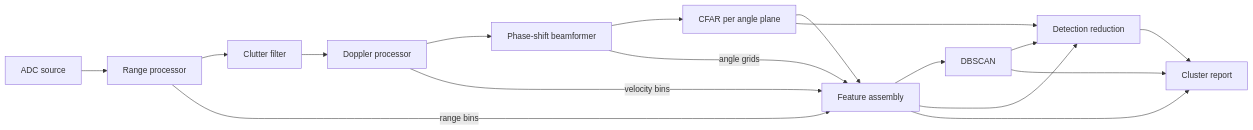
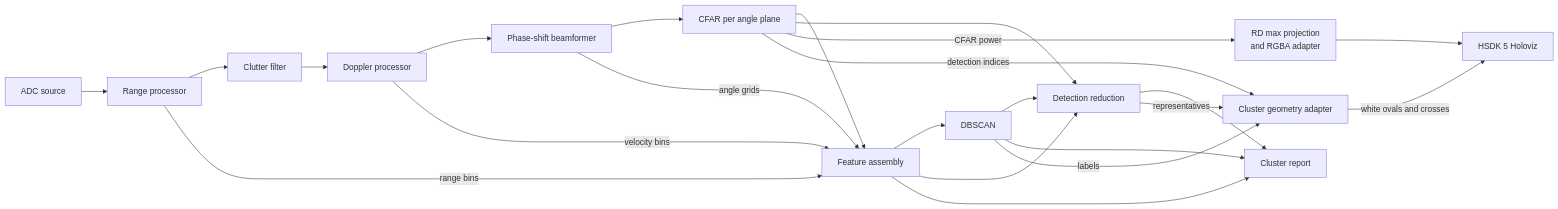
Before and after one commit to nvidia-holoscan/holoscan-radar: the second of 2 diagrams in applications/fmcw/simo/README.md, drawn with Mermaid. The commit also changed other lines of this file and 20 other files, not shown here.

````diff
--- a/applications/fmcw/simo/README.md
+++ b/applications/fmcw/simo/README.md
@@ -41,19 +47,25 @@
 ```mermaid
 flowchart LR
     ADC[ADC source] --> Range[Range processor]
     Range --> Clutter[Clutter filter]
     Clutter --> Doppler[Doppler processor]
     Doppler --> Beamformer[Phase-shift beamformer]
     Beamformer --> CFAR[CFAR per angle plane]
     CFAR --> Features[Feature assembly]
     Beamformer -- angle grids --> Features
     Range -- range bins --> Features
     Doppler -- velocity bins --> Features
     Features --> DBSCAN[DBSCAN]
     Features --> Reduction[Detection reduction]
     CFAR --> Reduction
     DBSCAN --> Reduction
     Features --> Report[Cluster report]
     DBSCAN --> Report
     Reduction --> Report
+    CFAR -- CFAR power --> Heatmap[RD max projection<br/>and RGBA adapter]
+    CFAR -- detection indices --> Geometry[Cluster geometry adapter]
+    DBSCAN -- labels --> Geometry
+    Reduction -- representatives --> Geometry
+    Heatmap --> Holoviz[HSDK 5 Holoviz]
+    Geometry -- white ovals and crosses --> Holoviz
 ```
````
